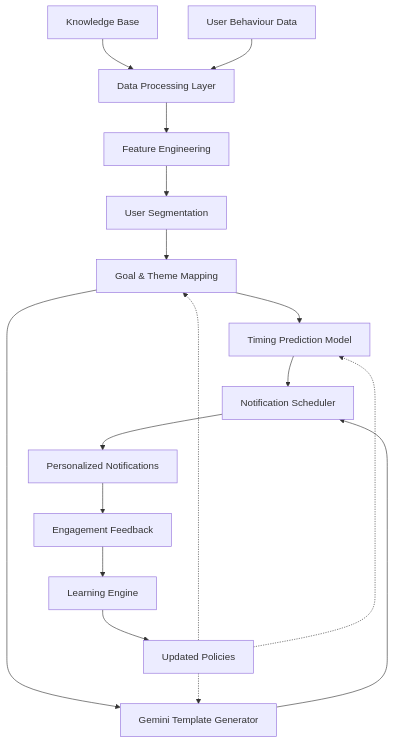
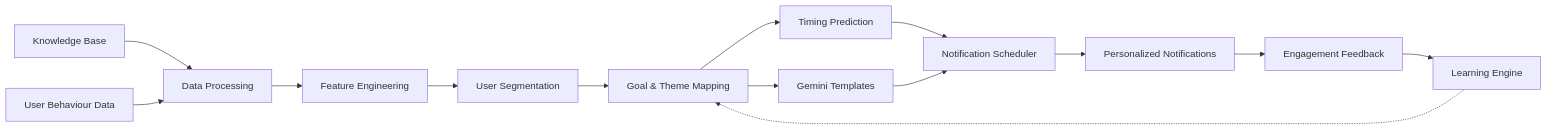
One commit to Taatvik/Project-Aurora changed the diagram in README.md. Above: the diagram before and after it, drawn with Mermaid. The commit also changed other lines of this file, not shown here.

Commit message:
Add system architecture diagram to README

````diff
--- a/README.md
+++ b/README.md
@@ -33,28 +34,25 @@
 ```mermaid
-flowchart TB
+flowchart LR
 
 A[Knowledge Base]
 B[User Behaviour Data]
 
-A --> C[Data Processing Layer]
+A --> C[Data Processing]
 B --> C
 
 C --> D[Feature Engineering]
 D --> E[User Segmentation]
 E --> F[Goal & Theme Mapping]
 
-F --> G[Timing Prediction Model]
-F --> H[Gemini Template Generator]
+F --> G[Timing Prediction]
+F --> H[Gemini Templates]
 
 G --> I[Notification Scheduler]
 H --> I
 
 I --> J[Personalized Notifications]
 J --> K[Engagement Feedback]
 K --> L[Learning Engine]
-L --> M[Updated Policies]
 
-M -.-> F
-M -.-> G
-M -.-> H
+L -.-> F
 ```
````
